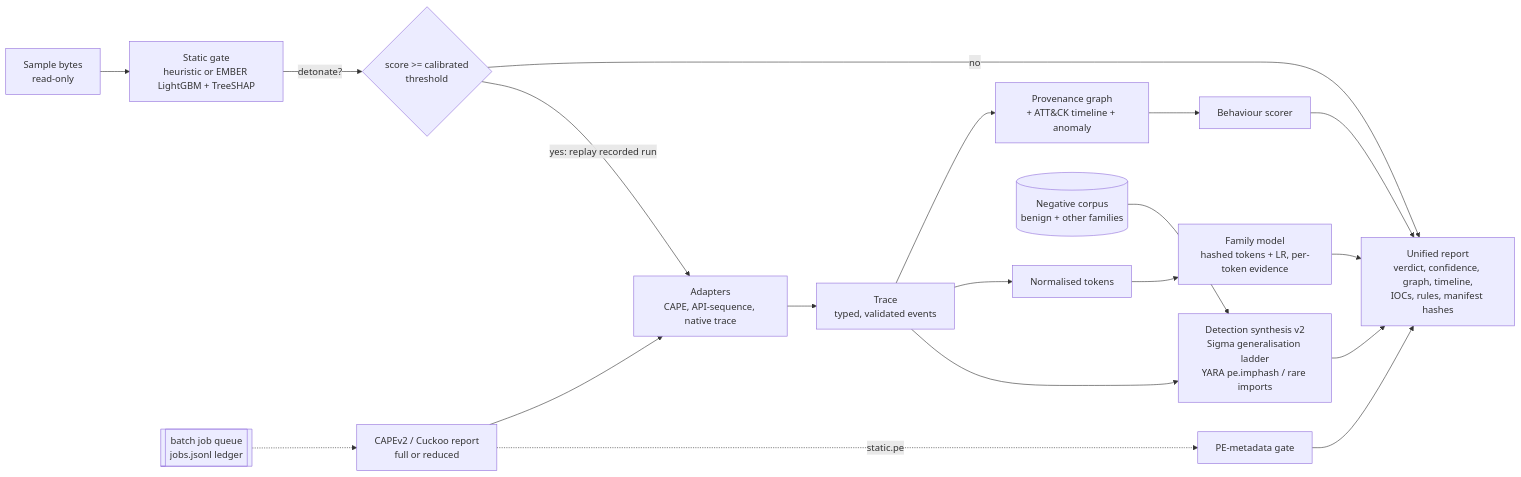
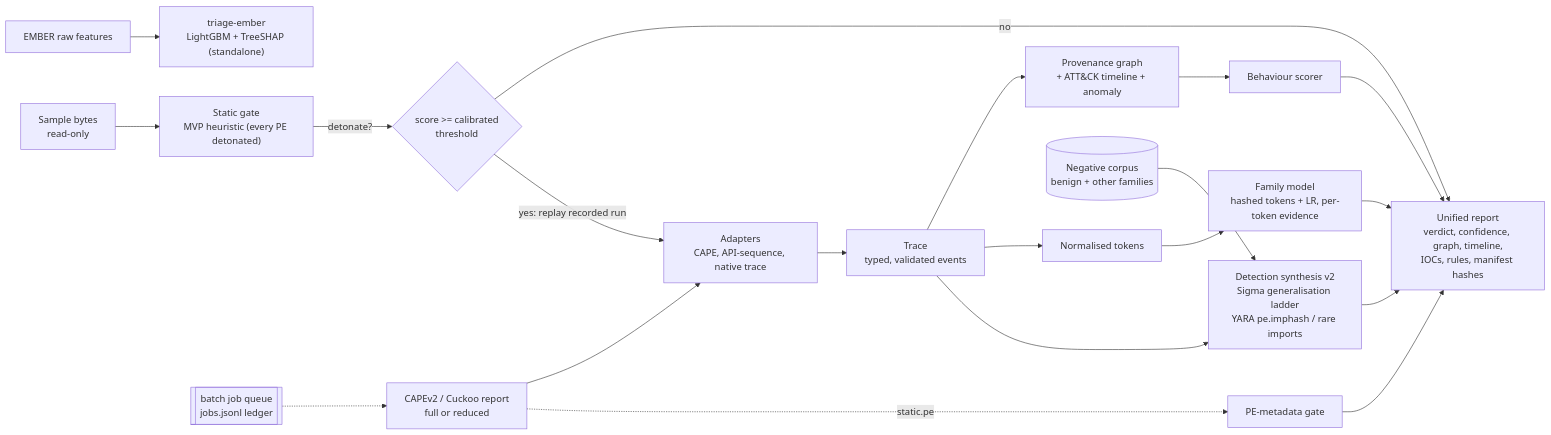
One commit to rakshit-737/specimen changed the diagram in README.md. Above: the diagram before and after it, drawn with Mermaid. The commit also changed other lines of this file and 8 other files, not shown here.

````diff
--- a/README.md
+++ b/README.md
@@ -32,21 +36,22 @@
 ```mermaid
 flowchart LR
-  S[Sample bytes<br/>read-only] --> G[Static gate<br/>heuristic or EMBER LightGBM + TreeSHAP]
+  S["Sample bytes<br/>read-only"] --> G["Static gate<br/>MVP heuristic (every PE detonated)"]
+  EF["EMBER raw features"] --> GE["triage-ember<br/>LightGBM + TreeSHAP (standalone)"]
   R[CAPEv2 / Cuckoo report<br/>full or reduced] --> A[Adapters<br/>CAPE, API-sequence, native trace]
   R -. "static.pe" .-> G2["PE-metadata gate"]
   G -->|detonate?| D{score >= calibrated<br/>threshold}
   D -->|no| REP
   D -->|yes: replay recorded run| A
   A --> TR[Trace<br/>typed, validated events]
   TR --> PROV[Provenance graph<br/>+ ATT&CK timeline + anomaly]
   TR --> TOK[Normalised tokens]
   TOK --> FAM[Family model<br/>hashed tokens + LR, per-token evidence]
   PROV --> SC[Behaviour scorer]
   TR --> SYN[Detection synthesis v2<br/>Sigma generalisation ladder<br/>YARA pe.imphash / rare imports]
   NEG[(Negative corpus<br/>benign + other families)] --> SYN
   G2 --> REP
   FAM --> REP[Unified report<br/>verdict, confidence, graph, timeline,<br/>IOCs, rules, manifest hashes]
   SC --> REP
   SYN --> REP
   Q[[batch job queue<br/>jobs.jsonl ledger]] -.-> R
 ```
````
